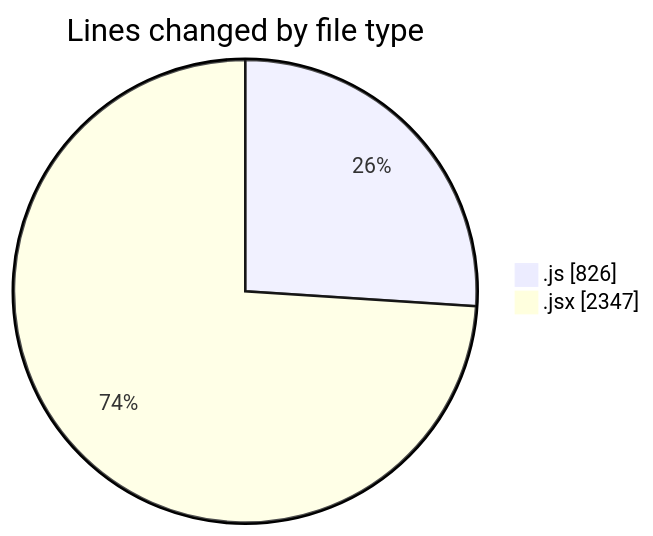
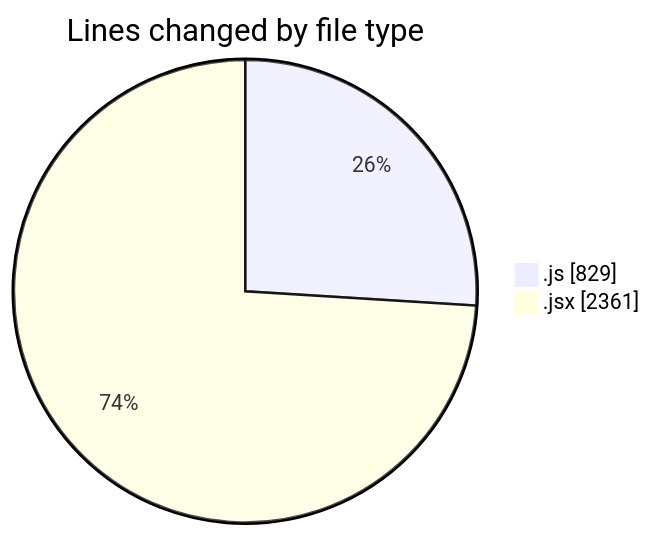
The first of 2 diagrams in 2025-10-29/nxtqube_webapp/README.md (nxtqubesakshisongat/code-tracking), drawn with Mermaid before and after one commit. The commit also changed other lines of this file and 1 other file, not shown here.

````diff
--- a/2025-10-29/nxtqube_webapp/README.md
+++ b/2025-10-29/nxtqube_webapp/README.md
@@ -23,6 +23,6 @@
 ```mermaid
 pie showData
 title Lines changed by file type
-".js" : 826
-".jsx" : 2347
+".js" : 829
+".jsx" : 2361
 ```
````
